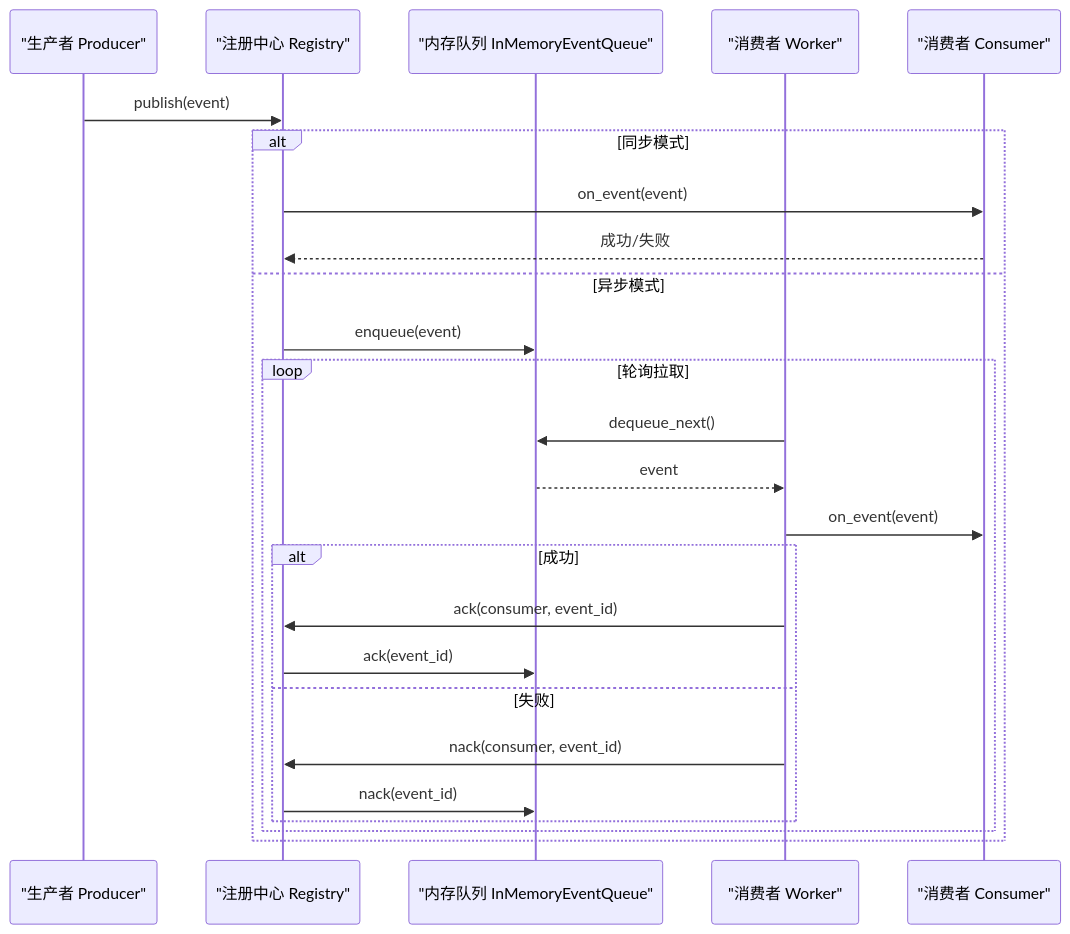
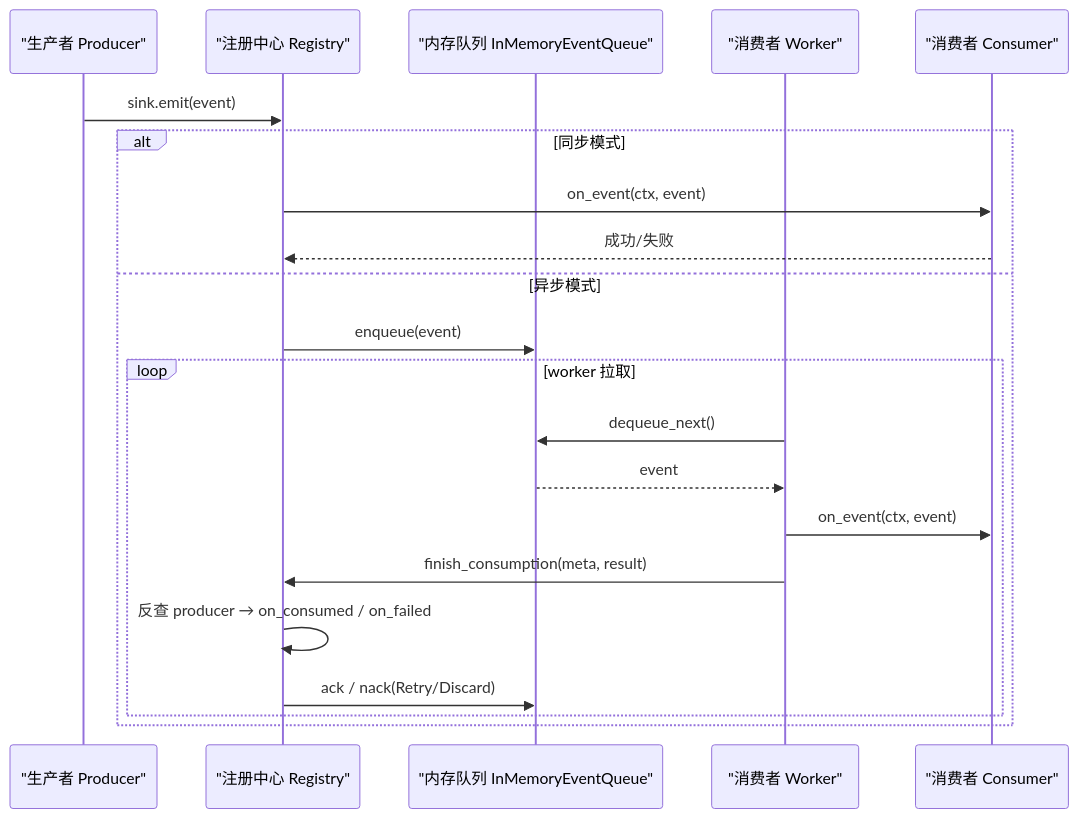
One commit to runningcoders/ai_orz changed the second of 8 diagrams in docs/wiki/zh/content/核心模块/AOP 事件系统/事件队列系统/事件调度器.md. Above: the diagram before and after it, drawn with Mermaid. The commit also changed other lines of this file and 37 other files, not shown here.

````diff
--- a/docs/wiki/zh/content/核心模块/AOP 事件系统/事件队列系统/事件调度器.md
+++ b/docs/wiki/zh/content/核心模块/AOP 事件系统/事件队列系统/事件调度器.md
@@ -100,27 +110,23 @@
 ```mermaid
 sequenceDiagram
 participant P as "生产者 Producer"
 participant R as "注册中心 Registry"
 participant Q as "内存队列 InMemoryEventQueue"
 participant W as "消费者 Worker"
 participant C as "消费者 Consumer"
-P->>R : publish(event)
+P->>R : sink.emit(event)
 alt 同步模式
-R->>C : on_event(event)
+R->>C : on_event(ctx, event)
 C-->>R : 成功/失败
 else 异步模式
 R->>Q : enqueue(event)
-loop 轮询拉取
+loop worker 拉取
 W->>Q : dequeue_next()
 Q-->>W : event
-W->>C : on_event(event)
-alt 成功
-W->>R : ack(consumer, event_id)
-R->>Q : ack(event_id)
-else 失败
-W->>R : nack(consumer, event_id)
-R->>Q : nack(event_id)
-end
+W->>C : on_event(ctx, event)
+W->>R : finish_consumption(meta, result)
+R->>R : 反查 producer → on_consumed / on_failed
+R->>Q : ack / nack(Retry/Discard)
 end
 end
 ```
````
